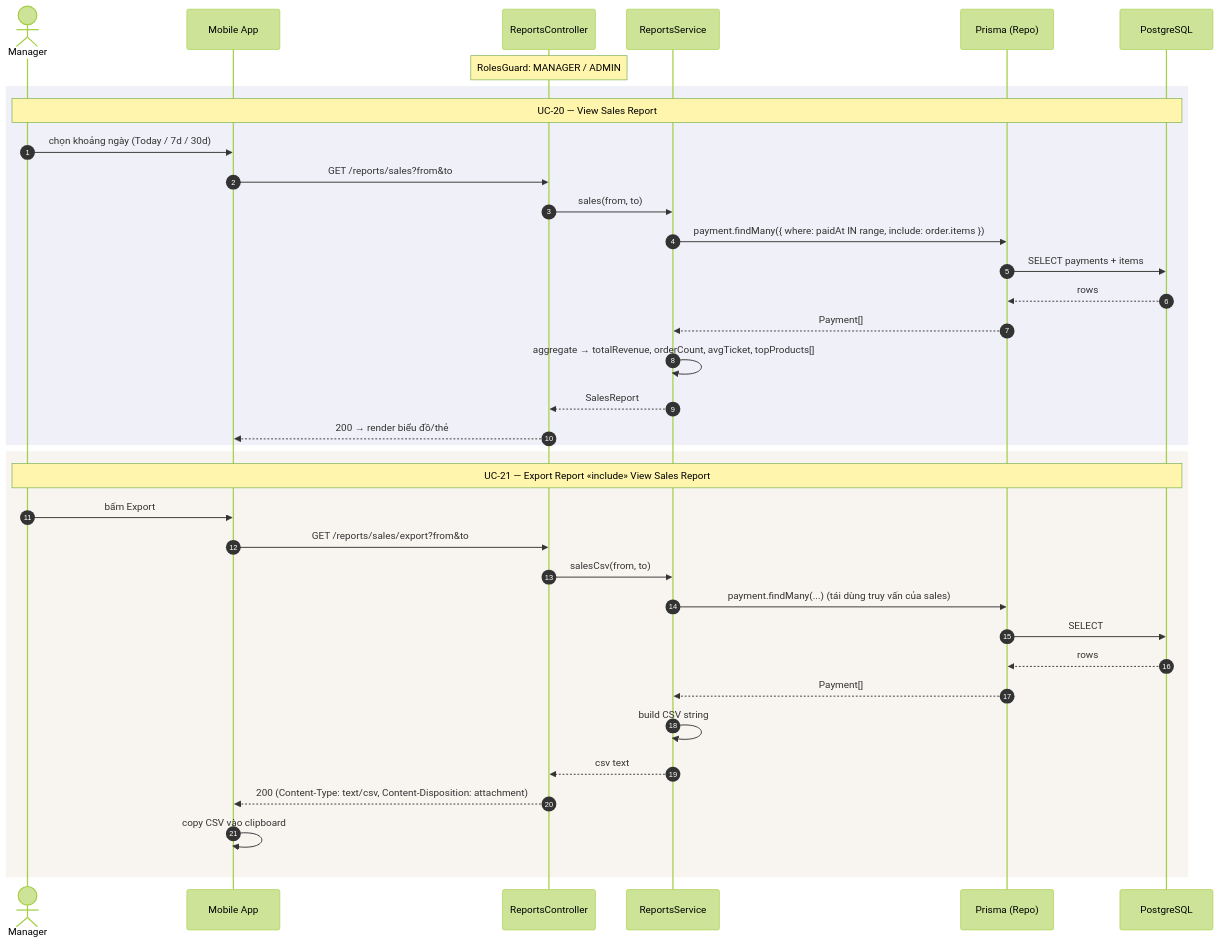
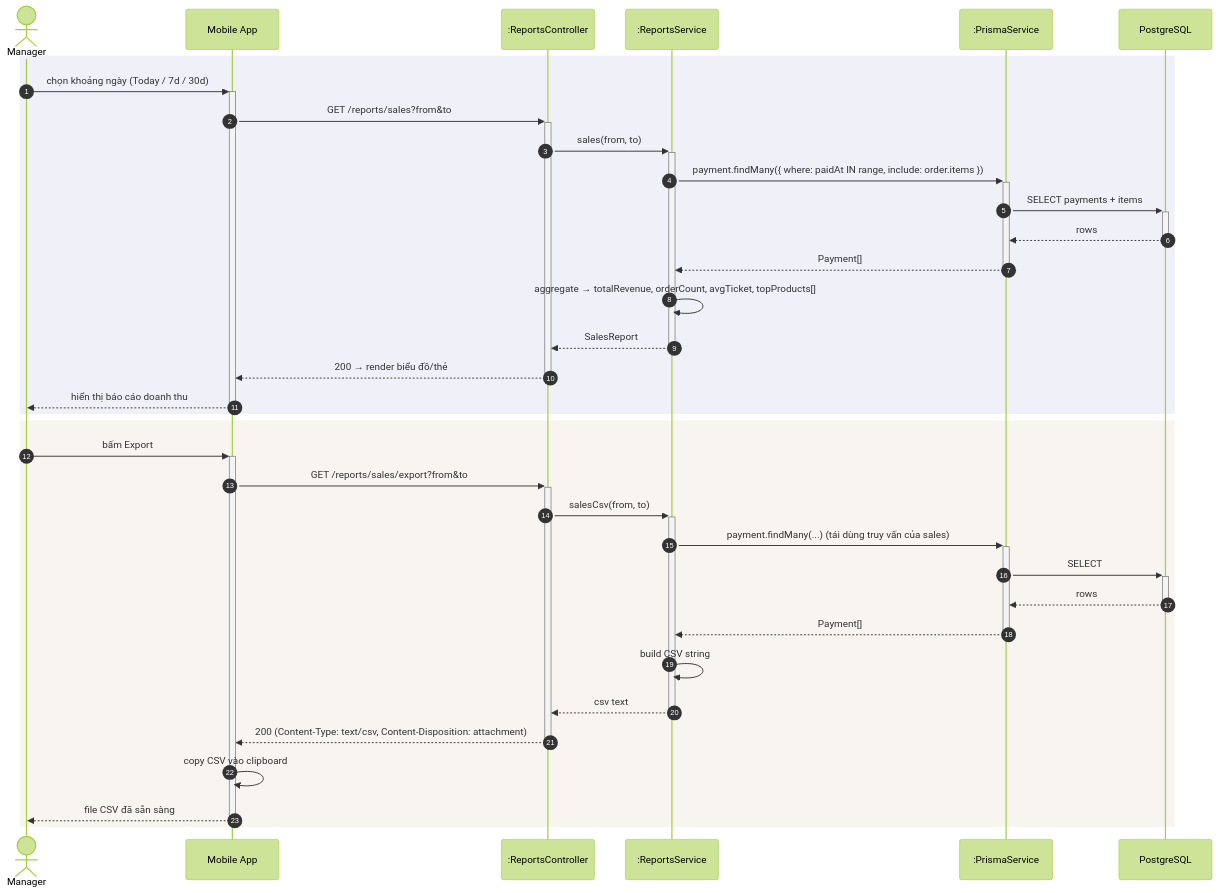
One commit to callmehai/Cafe-Shop-Management-System changed diagram 16 of 16 in docs/sequence-diagrams.md. Above: the diagram before and after it, drawn with Mermaid (forest theme). The commit also changed other lines of this file and 1 other file, not shown here.

Commit message:
docs: add sequence and class diagrams for system architecture and use case implementation

````diff
--- a/docs/sequence-diagrams.md
+++ b/docs/sequence-diagrams.md
@@ -799,41 +839,39 @@
 ```mermaid
 sequenceDiagram
     autonumber
     actor M as Manager
     participant App as Mobile App
-    participant API as ReportsController
-    participant SVC as ReportsService
-    participant ORM as Prisma (Repo)
+    participant API as :ReportsController
+    participant SVC as :ReportsService
+    participant ORM as :PrismaService
     participant DB as PostgreSQL
 
-    Note over API: RolesGuard: MANAGER / ADMIN
-
     rect rgb(240,240,248)
-        Note over M,DB: UC-20 — View Sales Report
-        M->>App: chọn khoảng ngày (Today / 7d / 30d)
-        App->>API: GET /reports/sales?from&to
-        API->>SVC: sales(from, to)
-        SVC->>ORM: payment.findMany({ where: paidAt IN range, include: order.items })
-        ORM->>DB: SELECT payments + items
-        DB-->>ORM: rows
-        ORM-->>SVC: Payment[]
+        M->>+App: chọn khoảng ngày (Today / 7d / 30d)
+        App->>+API: GET /reports/sales?from&to
+        API->>+SVC: sales(from, to)
+        SVC->>+ORM: payment.findMany({ where: paidAt IN range, include: order.items })
+        ORM->>+DB: SELECT payments + items
+        DB-->>-ORM: rows
+        ORM-->>-SVC: Payment[]
         SVC->>SVC: aggregate → totalRevenue, orderCount, avgTicket, topProducts[]
-        SVC-->>API: SalesReport
-        API-->>App: 200 → render biểu đồ/thẻ
+        SVC-->>-API: SalesReport
+        API-->>-App: 200 → render biểu đồ/thẻ
+        App-->>-M: hiển thị báo cáo doanh thu
     end
 
     rect rgb(248,244,240)
-        Note over M,DB: UC-21 — Export Report «include» View Sales Report
-        M->>App: bấm Export
-        App->>API: GET /reports/sales/export?from&to
-        API->>SVC: salesCsv(from, to)
-        SVC->>ORM: payment.findMany(...) (tái dùng truy vấn của sales)
-        ORM->>DB: SELECT
-        DB-->>ORM: rows
-        ORM-->>SVC: Payment[]
+        M->>+App: bấm Export
+        App->>+API: GET /reports/sales/export?from&to
+        API->>+SVC: salesCsv(from, to)
+        SVC->>+ORM: payment.findMany(...) (tái dùng truy vấn của sales)
+        ORM->>+DB: SELECT
+        DB-->>-ORM: rows
+        ORM-->>-SVC: Payment[]
         SVC->>SVC: build CSV string
-        SVC-->>API: csv text
-        API-->>App: 200 (Content-Type: text/csv, Content-Disposition: attachment)
+        SVC-->>-API: csv text
+        API-->>-App: 200 (Content-Type: text/csv, Content-Disposition: attachment)
         App->>App: copy CSV vào clipboard
+        App-->>-M: file CSV đã sẵn sàng
     end
 ```
````
